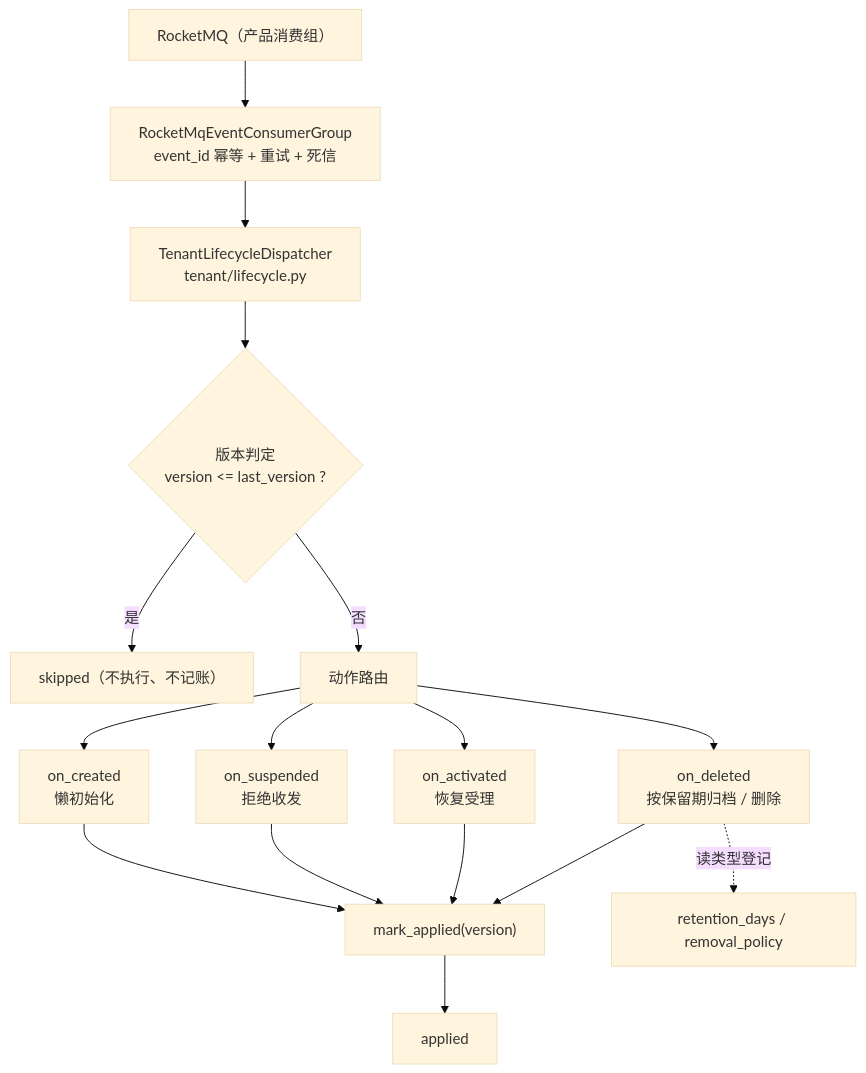
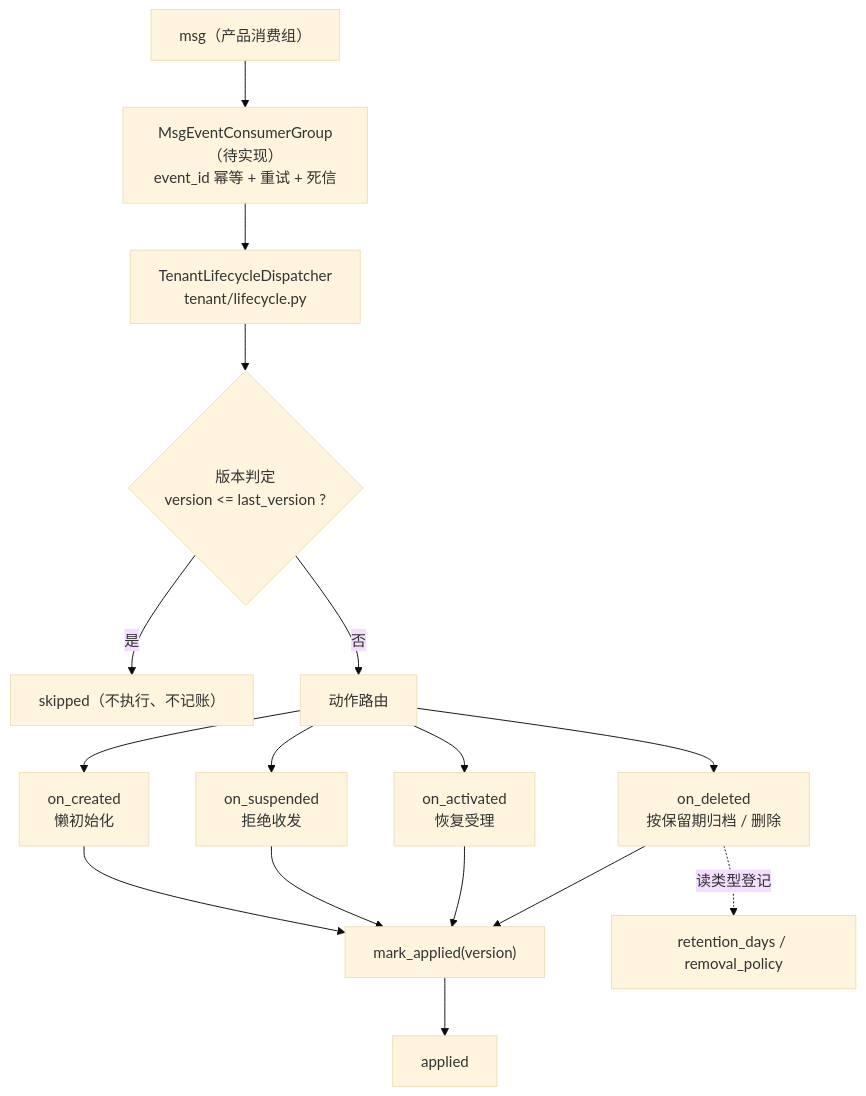
The fifth of 5 diagrams in bms文档/项目/07D_产品租户与安全接入/任务/01_通用三级作用域/设计/01_详细设计_01_通用三级作用域.md (minjian123/basic-management-system), drawn with Mermaid (base theme) before and after one commit. The commit also changed other lines of this file and 118 other files, not shown here.

````diff
--- a/bms文档/项目/07D_产品租户与安全接入/任务/01_通用三级作用域/设计/01_详细设计_01_通用三级作用域.md
+++ b/bms文档/项目/07D_产品租户与安全接入/任务/01_通用三级作用域/设计/01_详细设计_01_通用三级作用域.md
@@ -930,18 +930,18 @@
 ```mermaid
 flowchart TB
-    MQ["RocketMQ（产品消费组）"] --> C["RocketMqEventConsumerGroup<br/>event_id 幂等 + 重试 + 死信"]
+    MQ["msg（产品消费组）"] --> C["MsgEventConsumerGroup（待实现）<br/>event_id 幂等 + 重试 + 死信"]
     C --> D["TenantLifecycleDispatcher<br/>tenant/lifecycle.py"]
     D --> V{"版本判定<br/>version <= last_version ?"}
     V -->|"是"| SKIP["skipped（不执行、不记账）"]
     V -->|"否"| A["动作路由"]
     A --> A1["on_created<br/>懒初始化"]
     A --> A2["on_suspended<br/>拒绝收发"]
     A --> A3["on_activated<br/>恢复受理"]
     A --> A4["on_deleted<br/>按保留期归档 / 删除"]
     A1 --> MARK["mark_applied(version)"]
     A2 --> MARK
     A3 --> MARK
     A4 --> MARK
     MARK --> OK["applied"]
     A4 -.->|"读类型登记"| RET["retention_days / removal_policy"]
 ```
````
